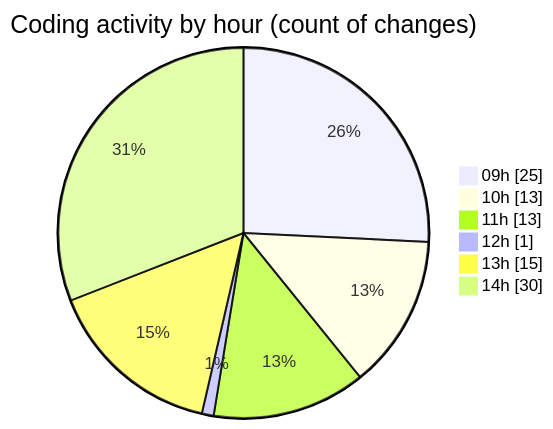
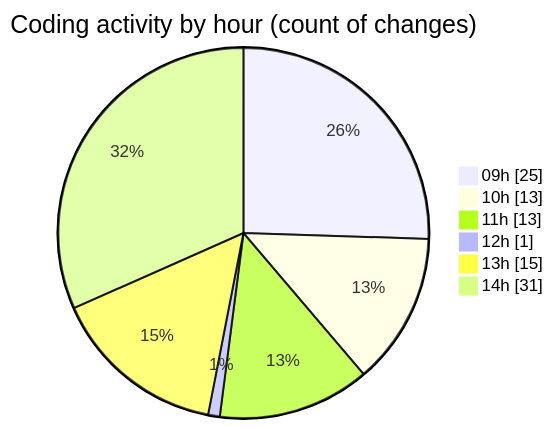
One commit to momahboobian/code-tracking changed the second of 2 diagrams in 2025-05-07/cda/README.md. Above: the diagram before and after it, drawn with Mermaid. The commit also changed other lines of this file and 1 other file, not shown here.

````diff
--- a/2025-05-07/cda/README.md
+++ b/2025-05-07/cda/README.md
@@ -87,10 +88,10 @@
 ```mermaid
 pie showData
 title Coding activity by hour (count of changes)
 "09h" : 25
 "10h" : 13
 "11h" : 13
 "12h" : 1
 "13h" : 15
-"14h" : 30
+"14h" : 31
 ```
````
